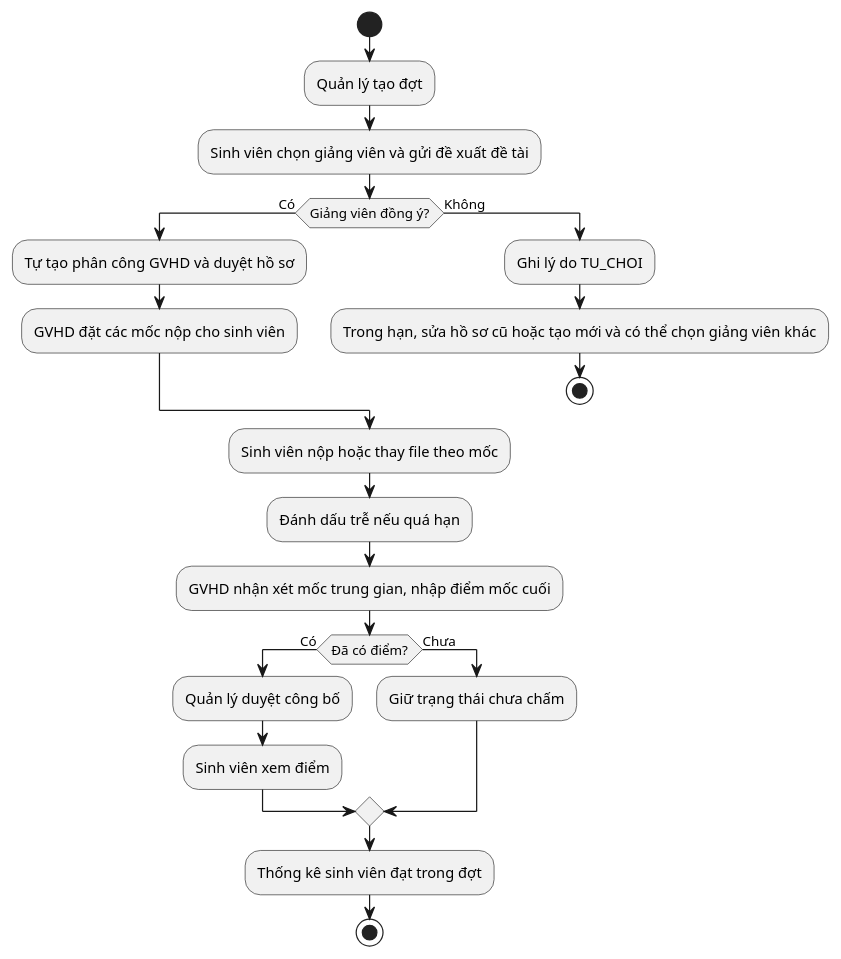
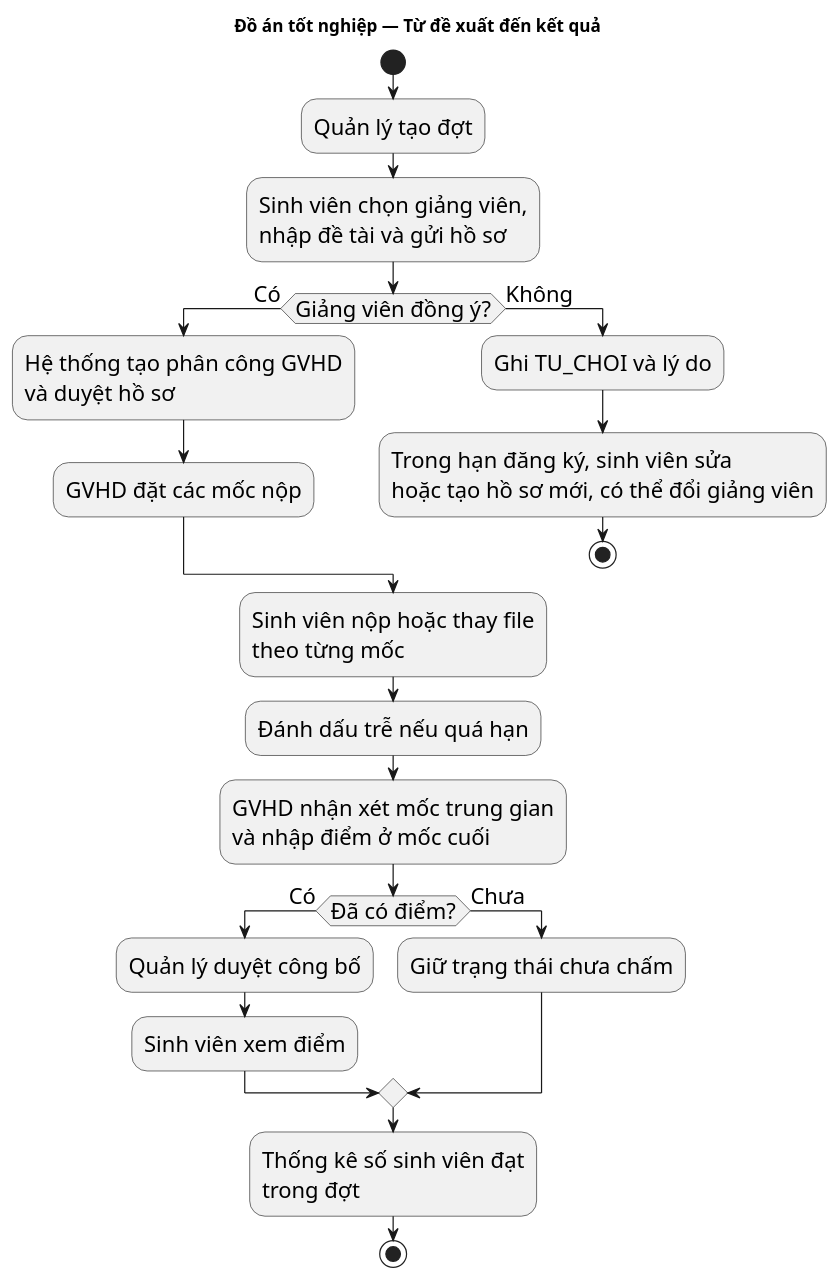
One commit to lam-vu6868/HTQL_TieuLuan_DoAN changed the sixth of 6 diagrams in Docs/02-so-do-uml.md. Above: the diagram before and after it, drawn with PlantUML. The commit also changed other lines of this file and 45 other files, not shown here.

````diff
--- a/Docs/02-so-do-uml.md
+++ b/Docs/02-so-do-uml.md
@@ -213,26 +230,28 @@
 ```plantuml
 @startuml
+title Đồ án tốt nghiệp — Từ đề xuất đến kết quả
+skinparam defaultFontSize 18
 start
 :Quản lý tạo đợt;
-:Sinh viên chọn giảng viên và gửi đề xuất đề tài;
+:Sinh viên chọn giảng viên,\nnhập đề tài và gửi hồ sơ;
 if (Giảng viên đồng ý?) then (Có)
-  :Tự tạo phân công GVHD và duyệt hồ sơ;
-  :GVHD đặt các mốc nộp cho sinh viên;
+  :Hệ thống tạo phân công GVHD\nvà duyệt hồ sơ;
+  :GVHD đặt các mốc nộp;
 else (Không)
-  :Ghi lý do TU_CHOI;
-  :Trong hạn, sửa hồ sơ cũ hoặc tạo mới và có thể chọn giảng viên khác;
+  :Ghi TU_CHOI và lý do;
+  :Trong hạn đăng ký, sinh viên sửa\nhoặc tạo hồ sơ mới, có thể đổi giảng viên;
   stop
 endif
-:Sinh viên nộp hoặc thay file theo mốc;
+:Sinh viên nộp hoặc thay file\ntheo từng mốc;
 :Đánh dấu trễ nếu quá hạn;
-:GVHD nhận xét mốc trung gian, nhập điểm mốc cuối;
+:GVHD nhận xét mốc trung gian\nvà nhập điểm ở mốc cuối;
 if (Đã có điểm?) then (Có)
   :Quản lý duyệt công bố;
   :Sinh viên xem điểm;
 else (Chưa)
   :Giữ trạng thái chưa chấm;
 endif
-:Thống kê sinh viên đạt trong đợt;
+:Thống kê số sinh viên đạt\ntrong đợt;
 stop
 @enduml
 ```
````
